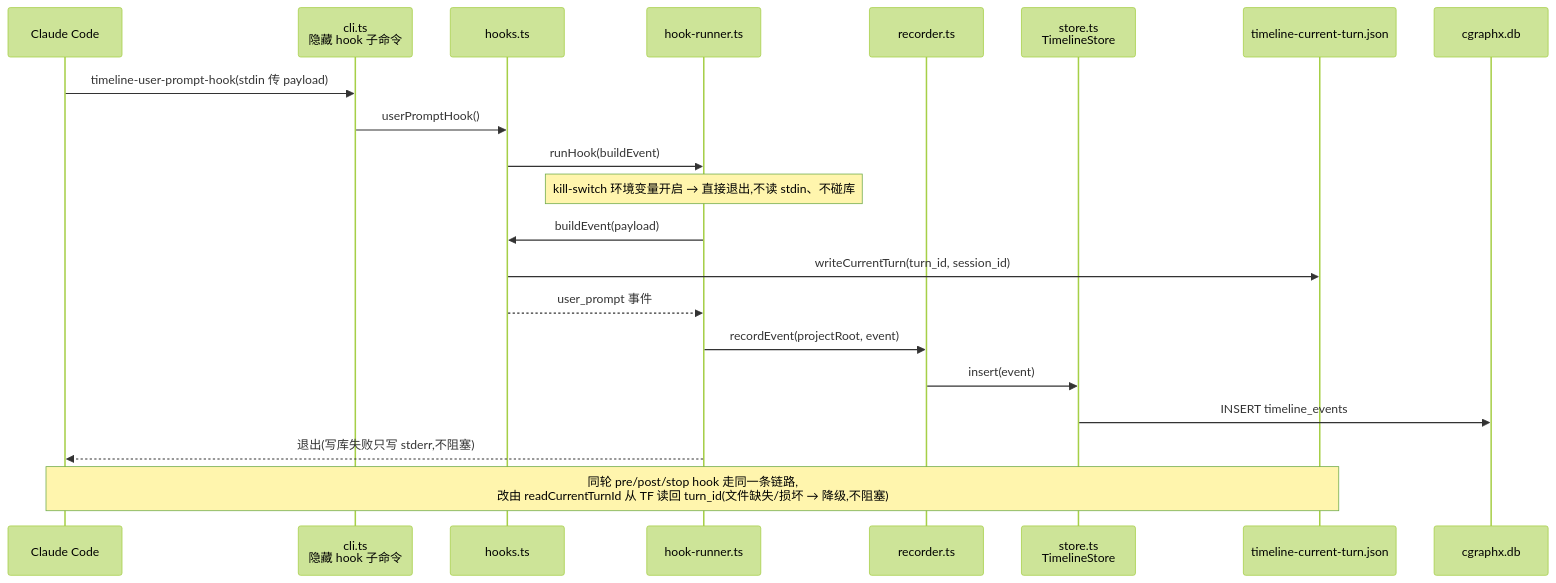
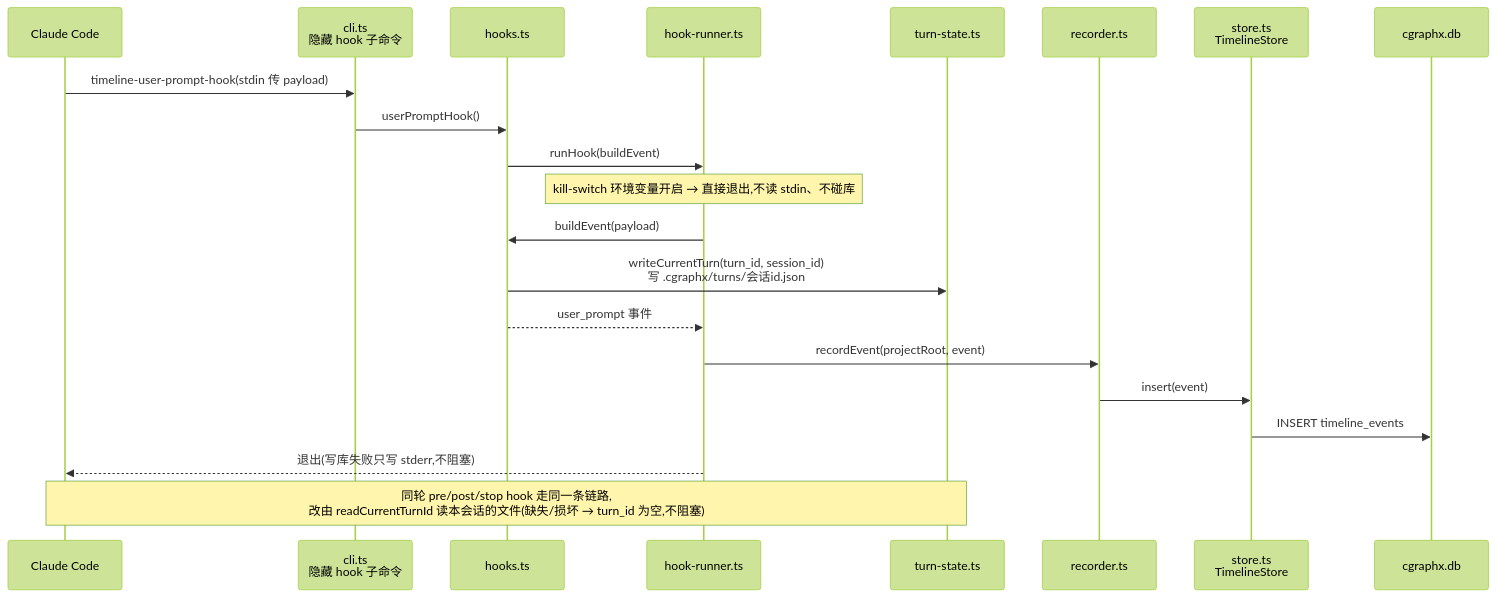
One commit to smdnkB/cgraphx changed the first of 3 diagrams in docs/code-map/flows/开发时间线记录.md. Above: the diagram before and after it, drawn with Mermaid (forest theme). The commit also changed other lines of this file and 5 other files, not shown here.

First line of the commit message:
docs: 开发任务知识沉淀 + 刷新代码地图

````diff
--- a/docs/code-map/flows/开发时间线记录.md
+++ b/docs/code-map/flows/开发时间线记录.md
@@ -33,24 +36,24 @@
 ```mermaid
 sequenceDiagram
   participant CC as Claude Code
   participant CLI as cli.ts<br/>隐藏 hook 子命令
   participant H as hooks.ts
   participant RH as hook-runner.ts
+  participant TS as turn-state.ts
   participant RC as recorder.ts
   participant ST as store.ts<br/>TimelineStore
-  participant TF as timeline-current-turn.json
   participant DB as cgraphx.db
 
   CC->>CLI: timeline-user-prompt-hook(stdin 传 payload)
   CLI->>H: userPromptHook()
   H->>RH: runHook(buildEvent)
   Note over RH: kill-switch 环境变量开启 → 直接退出,不读 stdin、不碰库
   RH->>H: buildEvent(payload)
-  H->>TF: writeCurrentTurn(turn_id, session_id)
+  H->>TS: writeCurrentTurn(turn_id, session_id)<br/>写 .cgraphx/turns/会话id.json
   H-->>RH: user_prompt 事件
   RH->>RC: recordEvent(projectRoot, event)
   RC->>ST: insert(event)
   ST->>DB: INSERT timeline_events
   RH-->>CC: 退出(写库失败只写 stderr,不阻塞)
-  Note over CC,TF: 同轮 pre/post/stop hook 走同一条链路,<br/>改由 readCurrentTurnId 从 TF 读回 turn_id(文件缺失/损坏 → 降级,不阻塞)
+  Note over CC,TS: 同轮 pre/post/stop hook 走同一条链路,<br/>改由 readCurrentTurnId 读本会话的文件(缺失/损坏 → turn_id 为空,不阻塞)
 ```
````
